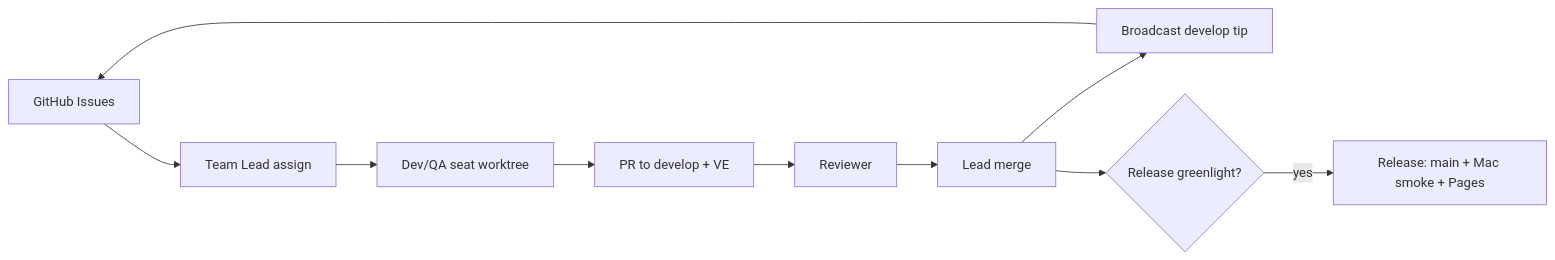
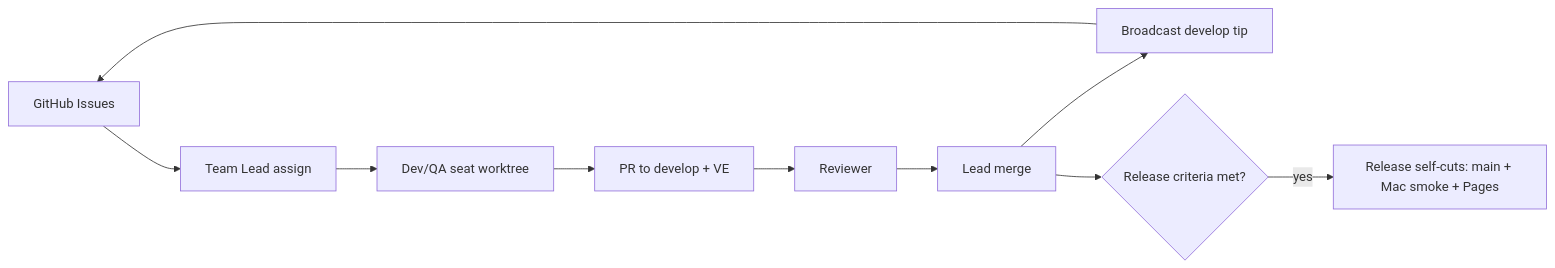
The diagram in docs/ORCHESTRATION.md (antonybstack/fardel), drawn with Mermaid before and after one commit. The commit also changed other lines of this file, not shown here.

First line of the commit message:
docs: Release self-owns cut + Pages deploy (no Lead greenlight)

````diff
--- a/docs/ORCHESTRATION.md
+++ b/docs/ORCHESTRATION.md
@@ -217,12 +219,12 @@
 ```mermaid
 flowchart LR
   Issues[GitHub Issues] --> Lead[Team Lead assign]
   Lead --> Seat[Dev/QA seat worktree]
   Seat --> PR[PR to develop + VE]
   PR --> Rev[Reviewer]
   Rev --> LeadMerge[Lead merge]
   LeadMerge --> Tip[Broadcast develop tip]
   Tip --> Issues
-  LeadMerge --> Rel{Release greenlight?}
-  Rel -->|yes| Cut[Release: main + Mac smoke + Pages]
+  LeadMerge --> Rel{Release criteria met?}
+  Rel -->|yes| Cut[Release self-cuts: main + Mac smoke + Pages]
 ```
````
